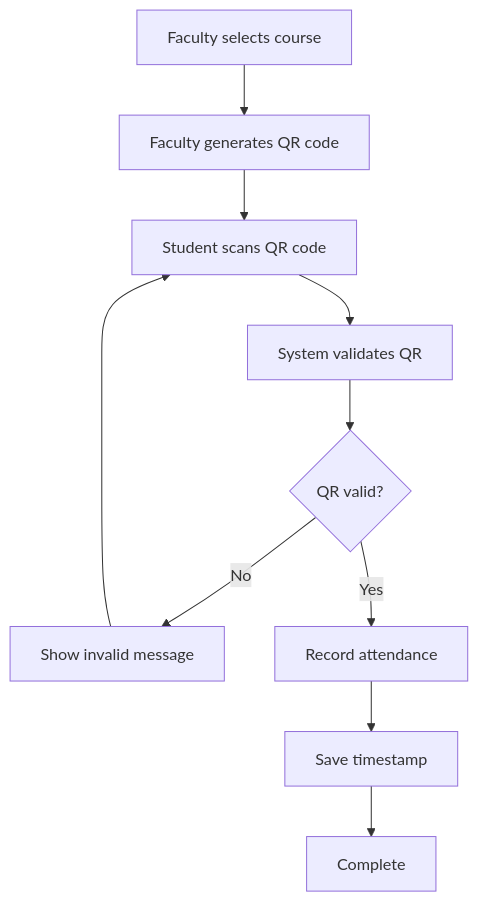
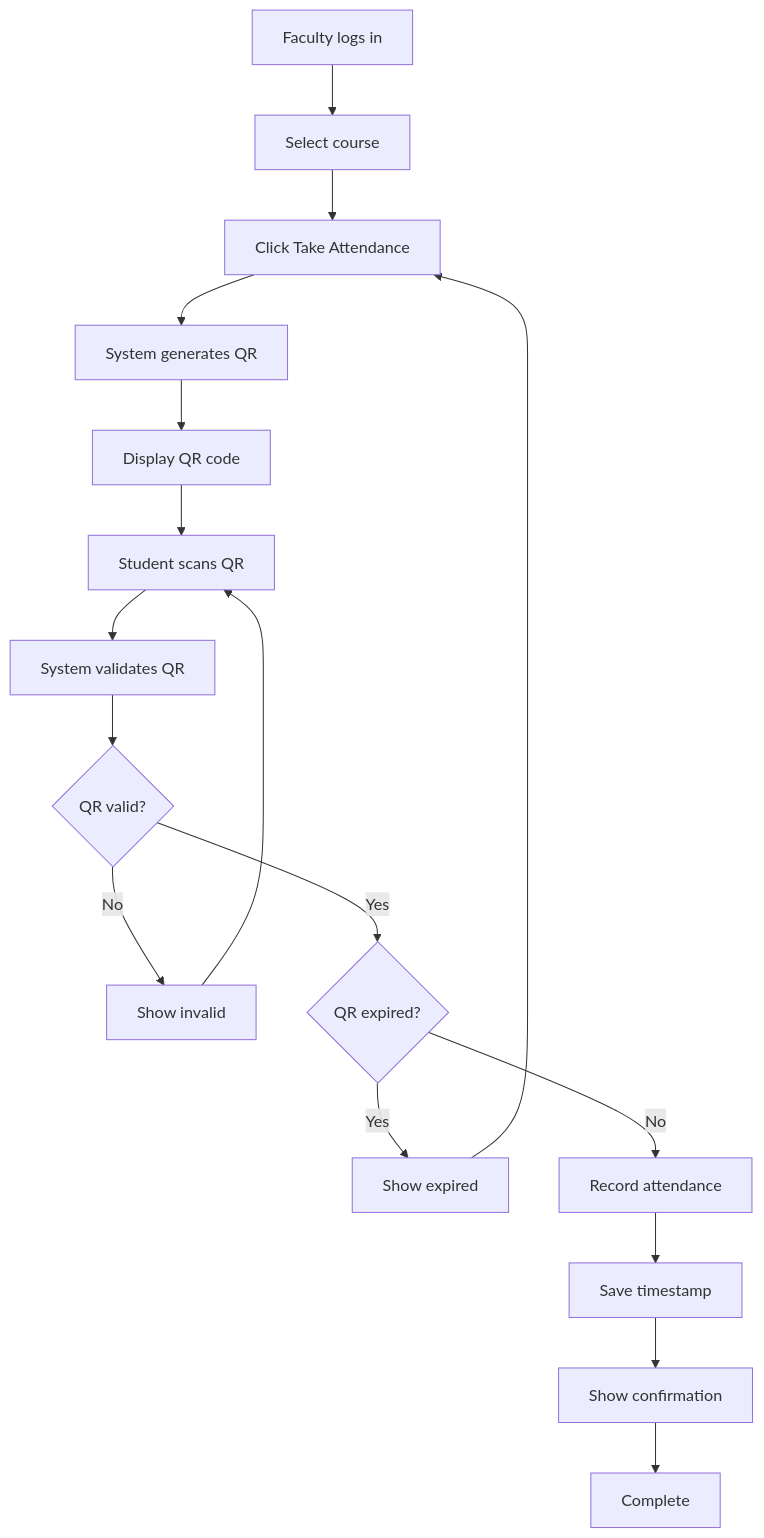
One commit to Amanda2026-crypto/smart-campus-connect changed the fifth of 8 diagrams in activity-diagrams.md. Above: the diagram before and after it, drawn with Mermaid. The commit also changed other lines of this file, not shown here.

````diff
--- a/activity-diagrams.md
+++ b/activity-diagrams.md
@@ -143,12 +218,19 @@
 ```mermaid
 flowchart TD
-    A[Faculty selects course] --> B[Faculty generates QR code]
-    B --> C[Student scans QR code]
-    C --> D[System validates QR]
-    D --> E{QR valid?}
-    E -->|No| F[Show invalid message]
-    F --> C
-    E -->|Yes| G[Record attendance]
-    G --> H[Save timestamp]
-    H --> I[Complete]
+    A[Faculty logs in] --> B[Select course]
+    B --> C[Click Take Attendance]
+    C --> D[System generates QR]
+    D --> E[Display QR code]
+    E --> F[Student scans QR]
+    F --> G[System validates QR]
+    G --> H{QR valid?}
+    H -->|No| I[Show invalid]
+    I --> F
+    H -->|Yes| J{QR expired?}
+    J -->|Yes| K[Show expired]
+    K --> C
+    J -->|No| L[Record attendance]
+    L --> M[Save timestamp]
+    M --> N[Show confirmation]
+    N --> O[Complete]
 ```
````
